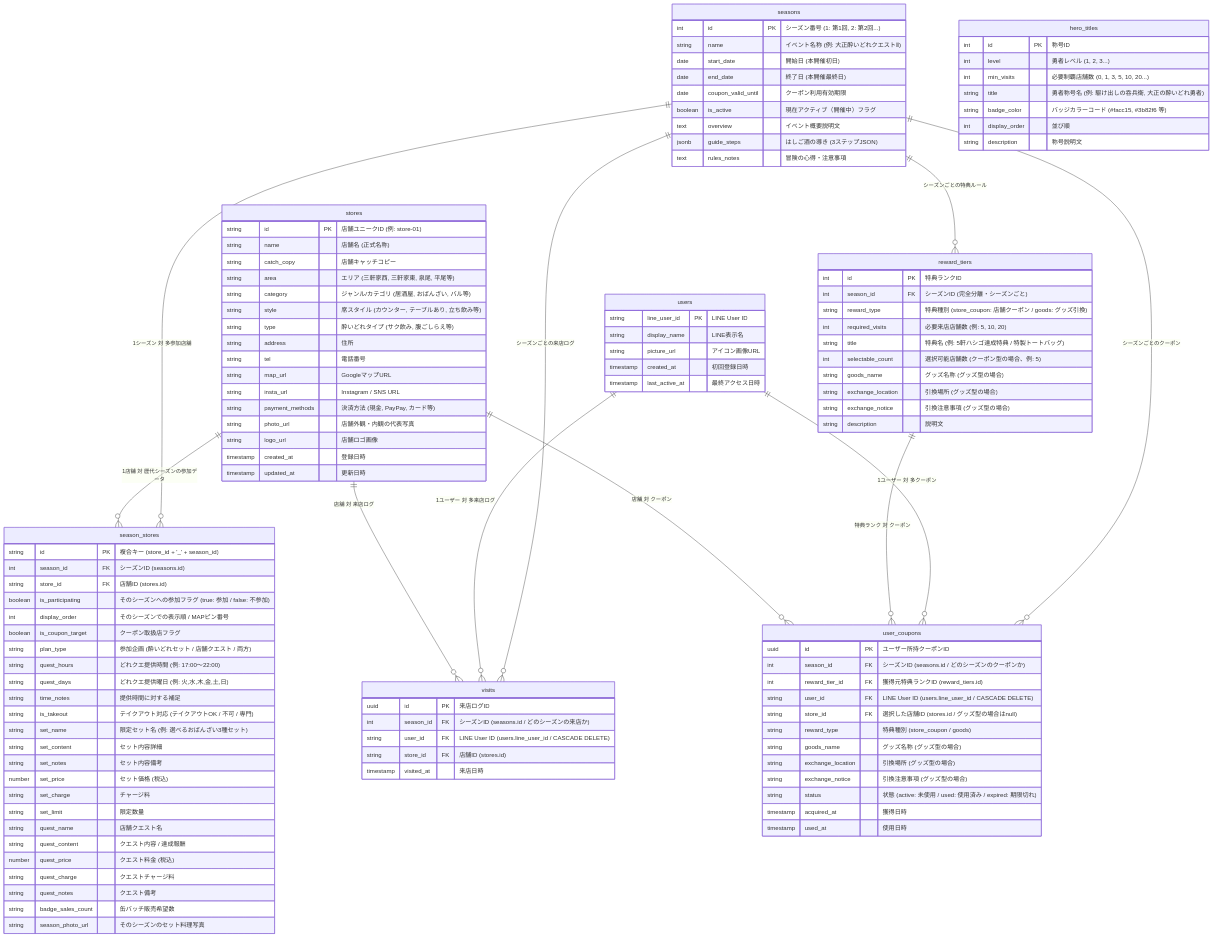
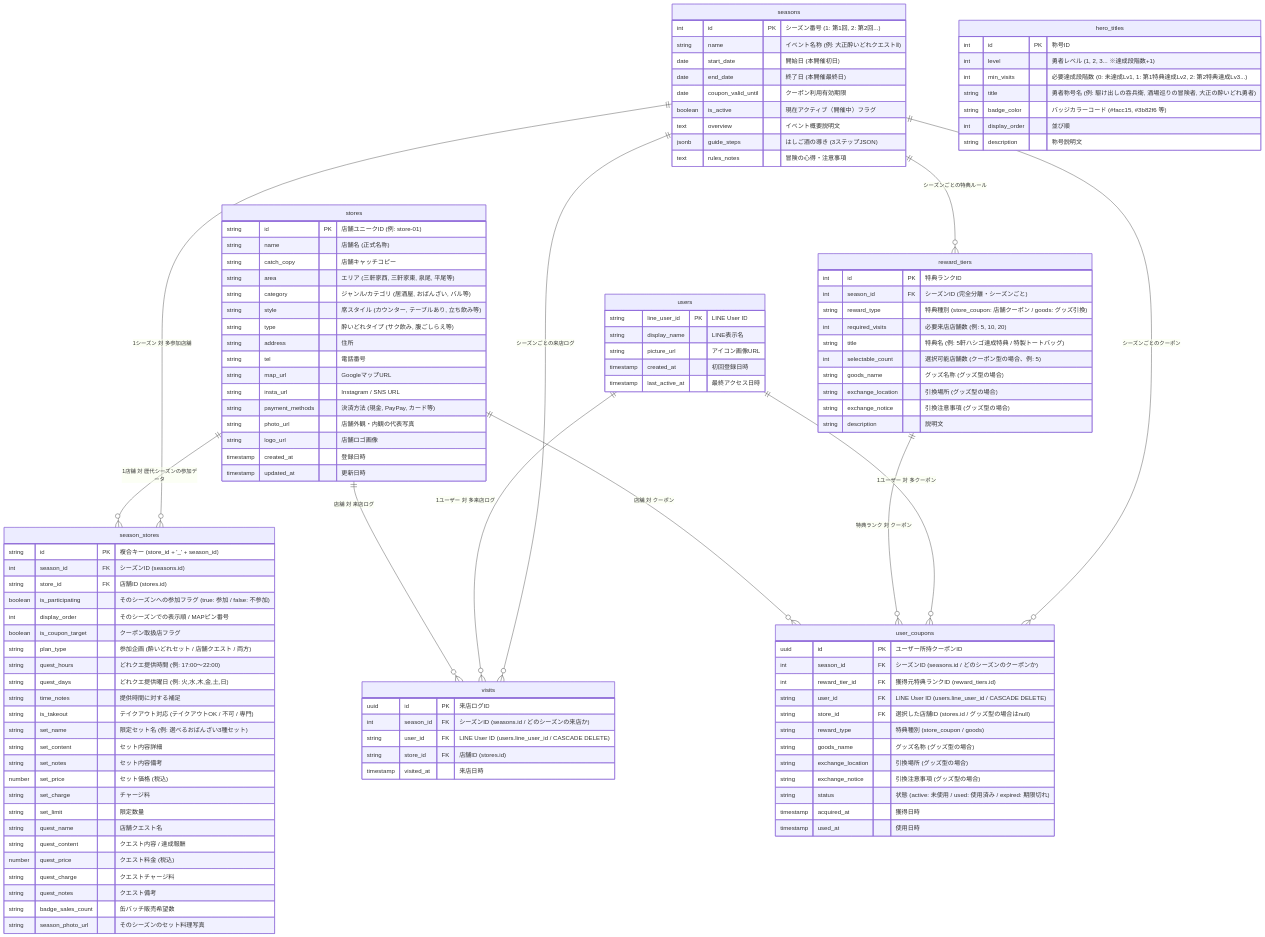
Before and after one commit to taishoyoidore-ui/yoidore-quest2: the third of 5 diagrams in SPECIFICATION.md, drawn with Mermaid. The commit also changed 5 other files, not shown here.

```diff
--- a/SPECIFICATION.md
+++ b/SPECIFICATION.md
@@ -211,9 +211,9 @@
 
     hero_titles {
         int id PK "称号ID"
-        int level "勇者レベル (1, 2, 3...)"
-        int min_visits "必要制覇店舗数 (0, 1, 3, 5, 10, 20...)"
-        string title "勇者称号名 (例: 駆け出しの呑兵衛, 大正の酔いどれ勇者)"
+        int level "勇者レベル (1, 2, 3... ※達成段階数+1)"
+        int min_visits "必要達成段階数 (0: 未達成Lv1, 1: 第1特典達成Lv2, 2: 第2特典達成Lv3...)"
+        string title "勇者称号名 (例: 駆け出しの呑兵衛, 酒場巡りの冒険者, 大正の酔いどれ勇者)"
         string badge_color "バッジカラーコード (#facc15, #3b82f6 等)"
         int display_order "並び順"
         string description "称号説明文"
```
